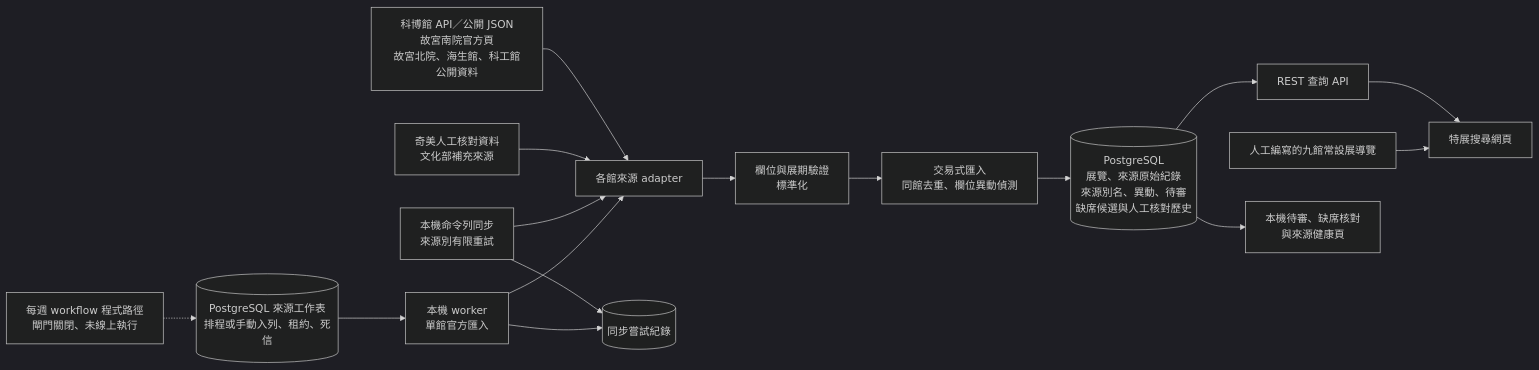
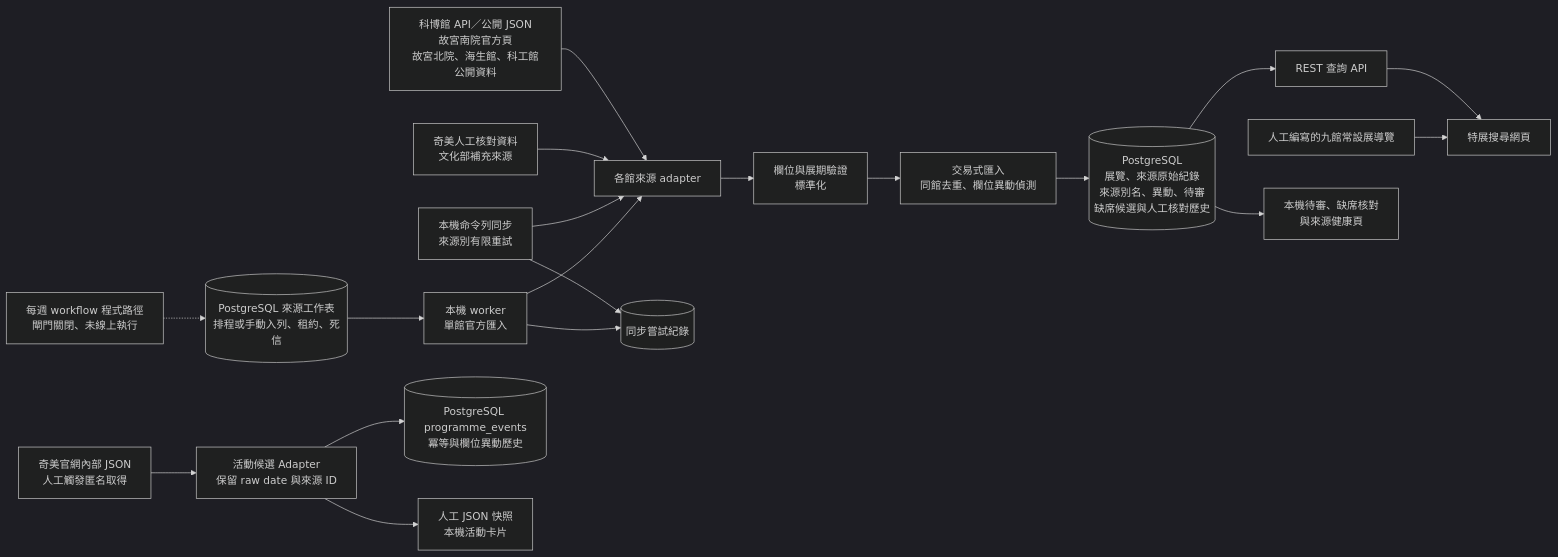
One commit to AndyLinStrongtyping/event-radar changed the diagram in docs/architecture.md. Above: the diagram before and after it, drawn with Mermaid (dark theme). The commit also changed other lines of this file and 16 other files, not shown here.

````diff
--- a/docs/architecture.md
+++ b/docs/architecture.md
@@ -7,18 +7,21 @@
 ```mermaid
 flowchart LR
     A["科博館 API／公開 JSON<br/>故宮南院官方頁<br/>故宮北院、海生館、科工館公開資料"] --> B["各館來源 adapter"]
     C["奇美人工核對資料<br/>文化部補充來源"] --> B
     B --> D["欄位與展期驗證<br/>標準化"]
     D --> E["交易式匯入<br/>同館去重、欄位異動偵測"]
     E --> F[("PostgreSQL<br/>展覽、來源原始紀錄<br/>來源別名、異動、待審<br/>缺席候選與人工核對歷史")]
     G["本機命令列同步<br/>來源別有限重試"] --> B
     G --> H[("同步嘗試紀錄")]
     S["每週 workflow 程式路徑<br/>閘門關閉、未線上執行"] -.-> Q
     Q[("PostgreSQL 來源工作表<br/>排程或手動入列、租約、死信")] --> W["本機 worker<br/>單館官方匯入"]
     W --> B
     W --> H
     F --> I["REST 查詢 API"]
     I --> J["特展搜尋網頁"]
     K["人工編寫的九館常設展導覽"] --> J
     F --> L["本機待審、缺席核對<br/>與來源健康頁"]
+    M["奇美官網內部 JSON<br/>人工觸發匿名取得"] --> N["活動候選 Adapter<br/>保留 raw date 與來源 ID"]
+    N --> O[("PostgreSQL programme_events<br/>冪等與欄位異動歷史")]
+    N --> P["人工 JSON 快照<br/>本機活動卡片"]
 ```
````
